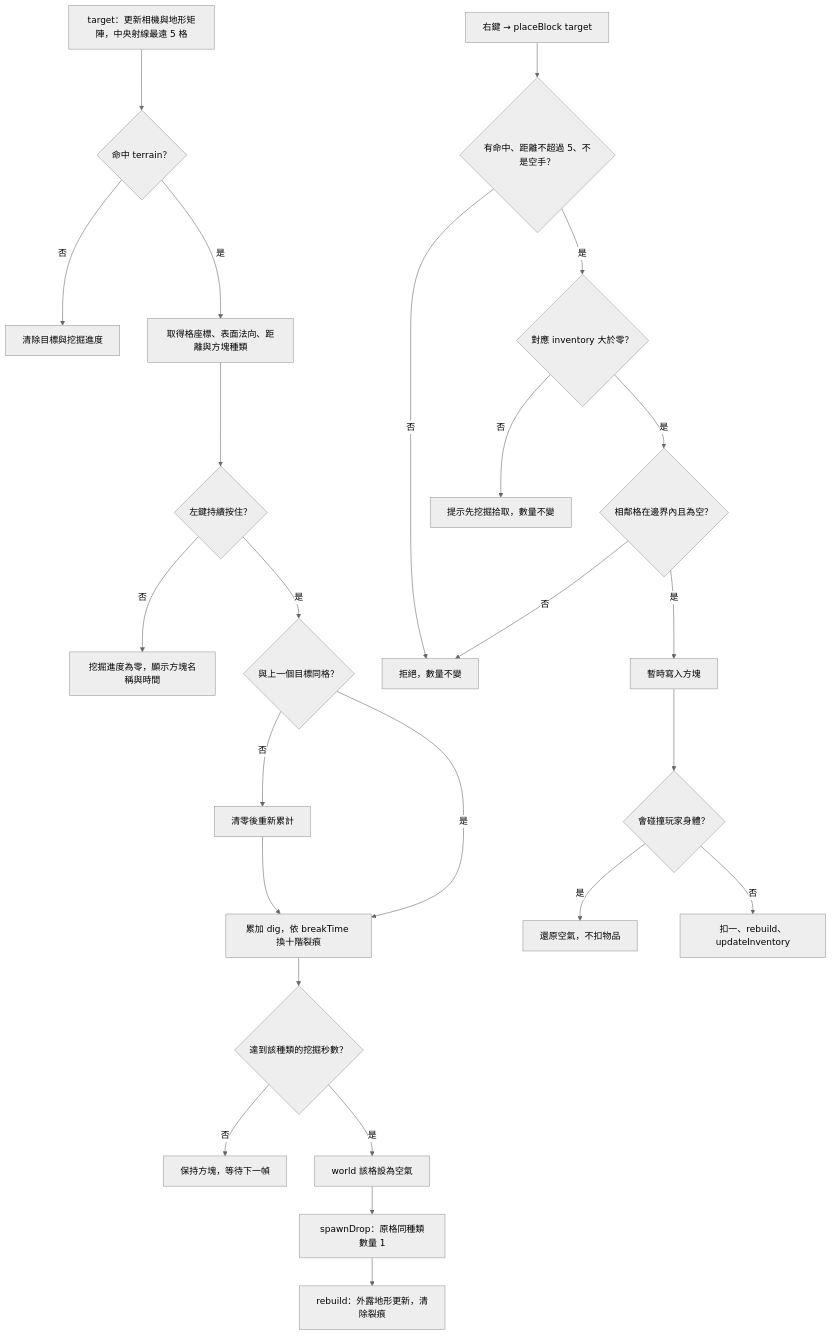
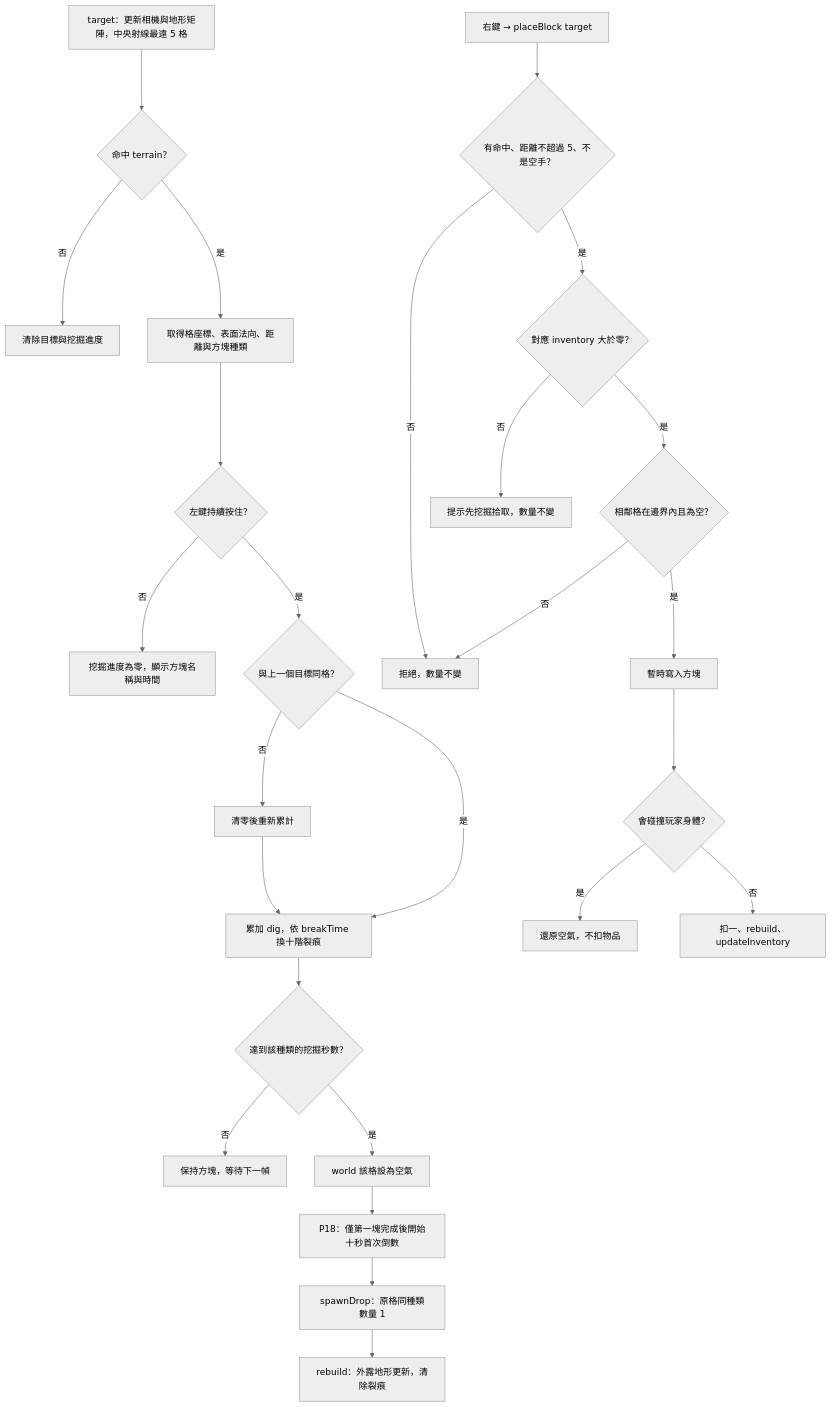
Before and after one commit to Fox9009xoF-Y/1022SkyIsland: the fifth of 8 diagrams in MERMAID.md, drawn with Mermaid (neutral theme). The commit also changed other lines of this file and 4 other files, not shown here.

````diff
--- a/MERMAID.md
+++ b/MERMAID.md
@@ -161,27 +161,28 @@
 ```mermaid
 flowchart TD
   aim["target：更新相機與地形矩陣，中央射線最遠 5 格"] --> hit{"命中 terrain？"}
   hit -->|否| clear["清除目標與挖掘進度"]
   hit -->|是| target["取得格座標、表面法向、距離與方塊種類"]
   target --> left{"左鍵持續按住？"}
   left -->|否| reset["挖掘進度為零，顯示方塊名稱與時間"]
   left -->|是| same{"與上一個目標同格？"}
   same -->|否| restart["清零後重新累計"]
   same -->|是| time["累加 dig，依 breakTime 換十階裂痕"]
   restart --> time
   time --> complete{"達到該種類的挖掘秒數？"}
   complete -->|否| wait["保持方塊，等待下一幀"]
   complete -->|是| remove["world 該格設為空氣"]
-  remove --> drop["spawnDrop：原格同種類數量 1"]
+  remove --> firstMine["P18：僅第一塊完成後開始十秒首次倒數"]
+  firstMine --> drop["spawnDrop：原格同種類數量 1"]
   drop --> rebuild["rebuild：外露地形更新，清除裂痕"]
   right["右鍵 → placeBlock target"] --> valid{"有命中、距離不超過 5、不是空手？"}
   valid -->|否| deny["拒絕，數量不變"]
   valid -->|是| count{"對應 inventory 大於零？"}
   count -->|否| hint["提示先挖掘拾取，數量不變"]
   count -->|是| space{"相鄰格在邊界內且為空？"}
   space -->|否| deny
   space -->|是| write["暫時寫入方塊"]
   write --> body{"會碰撞玩家身體？"}
   body -->|是| rollback["還原空氣，不扣物品"]
   body -->|否| consume["扣一、rebuild、updateInventory"]
 ```
````
